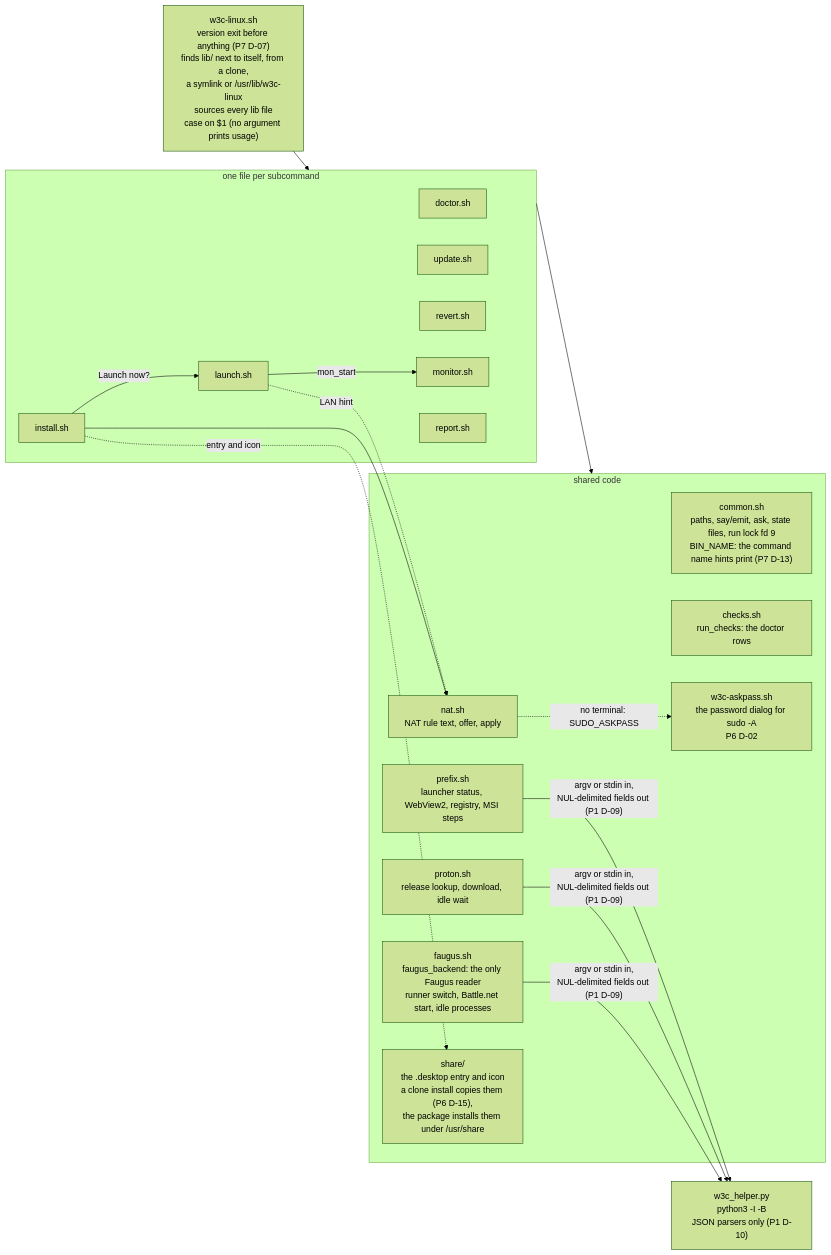
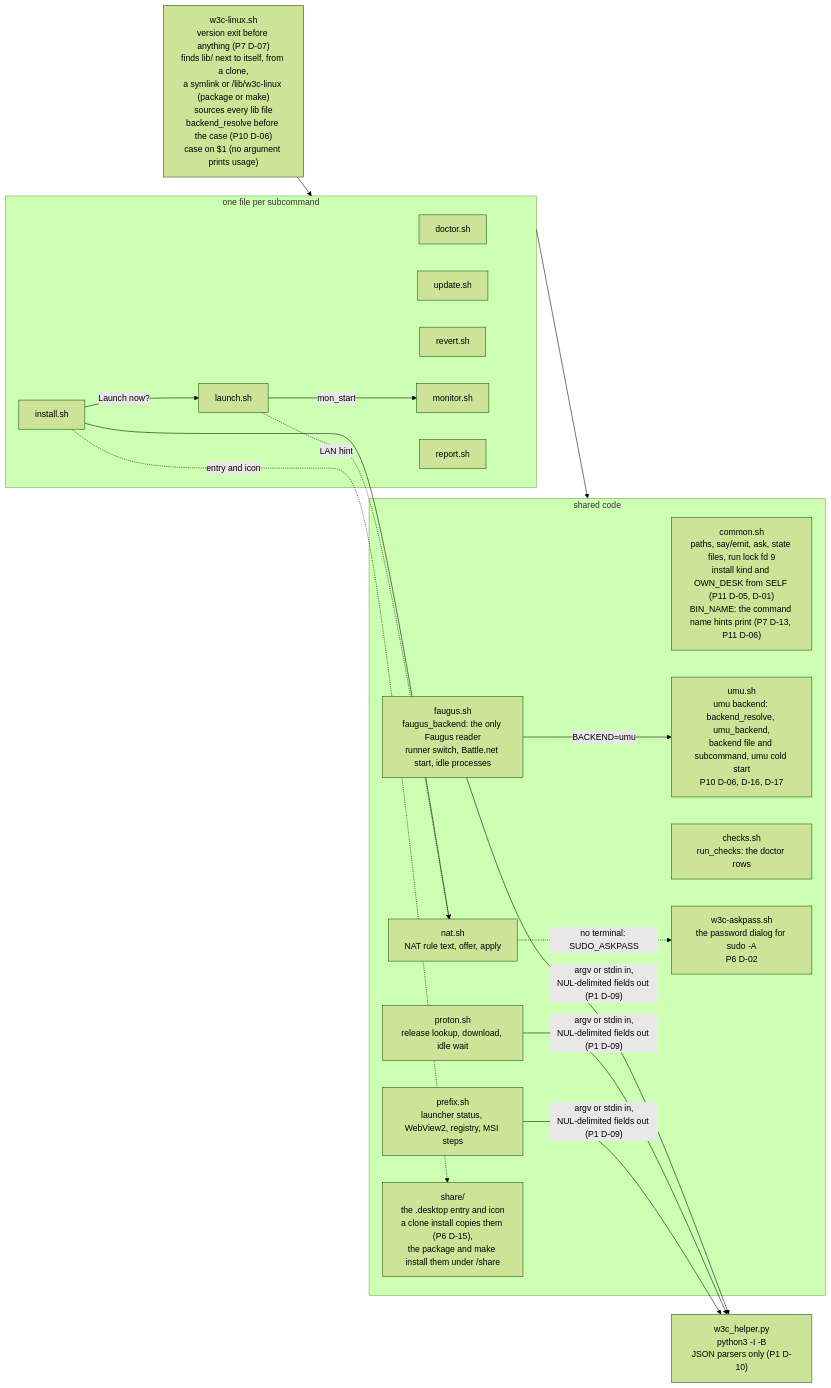
One commit to Nikita-Bombela/w3c-arch-linux changed the first of 9 diagrams in docs/ARCHITECTURE.md. Above: the diagram before and after it, drawn with Mermaid (forest theme). The commit also changed other lines of this file and 28 other files, not shown here.

First line of the commit message:
Release 0.2.0: umu backend, Makefile install

````diff
--- a/docs/ARCHITECTURE.md
+++ b/docs/ARCHITECTURE.md
@@ -12,37 +12,39 @@
 ```mermaid
 flowchart LR
-    entry["w3c-linux.sh<br/>version exit before anything (P7 D-07)<br/>finds lib/ next to itself, from a clone,<br/>a symlink or /usr/lib/w3c-linux<br/>sources every lib file<br/>case on $1 (no argument prints usage)"]
+    entry["w3c-linux.sh<br/>version exit before anything (P7 D-07)<br/>finds lib/ next to itself, from a clone,<br/>a symlink or <prefix>/lib/w3c-linux (package or make)<br/>sources every lib file<br/>backend_resolve before the case (P10 D-06)<br/>case on $1 (no argument prints usage)"]
 
     subgraph cmds["one file per subcommand"]
         doctor[doctor.sh]
         install[install.sh]
         update[update.sh]
         revert[revert.sh]
         launch[launch.sh]
         monitor[monitor.sh]
         report[report.sh]
     end
 
     subgraph shared["shared code"]
-        common["common.sh<br/>paths, say/emit, ask, state files, run lock fd 9<br/>BIN_NAME: the command name hints print (P7 D-13)"]
+        common["common.sh<br/>paths, say/emit, ask, state files, run lock fd 9<br/>install kind and OWN_DESK from SELF (P11 D-05, D-01)<br/>BIN_NAME: the command name hints print (P7 D-13, P11 D-06)"]
         faugus["faugus.sh<br/>faugus_backend: the only Faugus reader<br/>runner switch, Battle.net start, idle processes"]
+        umu["umu.sh<br/>umu backend: backend_resolve, umu_backend,<br/>backend file and subcommand, umu cold start<br/>P10 D-06, D-16, D-17"]
         checks["checks.sh<br/>run_checks: the doctor rows"]
         proton["proton.sh<br/>release lookup, download, idle wait"]
         prefix["prefix.sh<br/>launcher status, WebView2, registry, MSI steps"]
         nat["nat.sh<br/>NAT rule text, offer, apply"]
         askpass["w3c-askpass.sh<br/>the password dialog for sudo -A<br/>P6 D-02"]
-        share["share/<br/>the .desktop entry and icon<br/>a clone install copies them (P6 D-15),<br/>the package installs them under /usr/share"]
+        share["share/<br/>the .desktop entry and icon<br/>a clone install copies them (P6 D-15),<br/>the package and make install them under <prefix>/share"]
     end
 
     py["w3c_helper.py<br/>python3 -I -B<br/>JSON parsers only (P1 D-10)"]
 
+    faugus -->|"BACKEND=umu"| umu
     entry --> cmds
     cmds --> shared
     install --> nat
     nat -.->|"no terminal: SUDO_ASKPASS"| askpass
     install -.->|"entry and icon"| share
     launch -.->|"LAN hint"| nat
     launch -->|"mon_start"| monitor
     install -->|"Launch now?"| launch
     faugus & proton & prefix -->|"argv or stdin in,<br/>NUL-delimited fields out (P1 D-09)"| py
 ```
````
